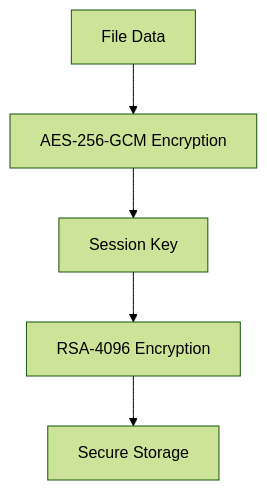
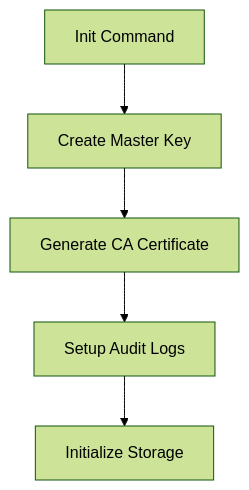
The third of 5 diagrams in README.md (zar7real/DeltaSafe), drawn with Mermaid (forest theme) before and after one commit. The commit also changed other lines of this file, not shown here.

````diff
--- a/README.md
+++ b/README.md
@@ -23,7 +64,7 @@
 ```mermaid
 graph TD
-    A[File Data] --> B[AES-256-GCM Encryption]
-    B --> C[Session Key]
-    C --> D[RSA-4096 Encryption]
-    D --> E[Secure Storage]
+    A[Init Command] --> B[Create Master Key]
+    B --> C[Generate CA Certificate]
+    C --> D[Setup Audit Logs]
+    D --> E[Initialize Storage]
 ```
````
